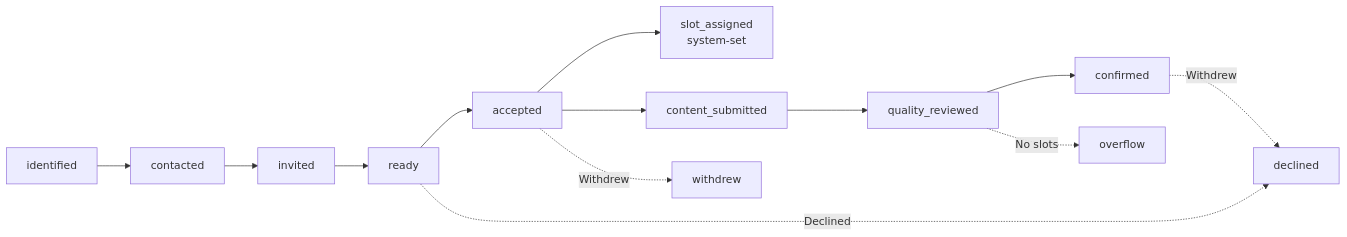
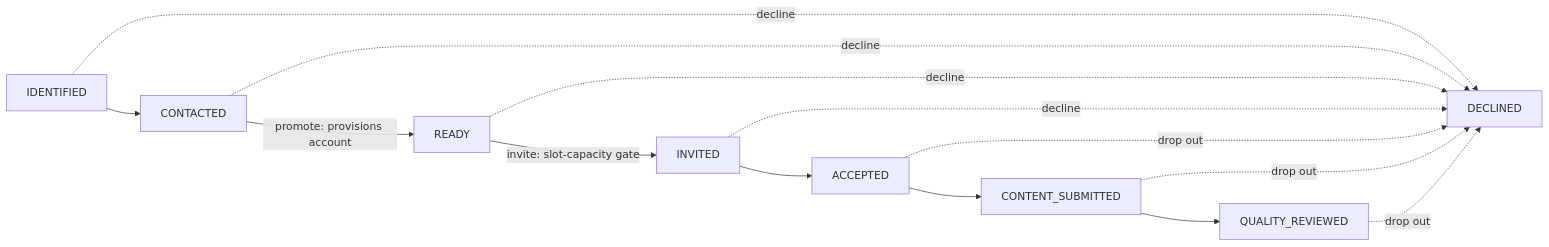
Before and after one commit to nissimbuchs/BATbern2: the diagram in docs/user-guide/workflow/phase-b-outreach.md, drawn with Mermaid. The commit also changed other lines of this file and 54 other files, not shown here.

````diff
--- a/docs/user-guide/workflow/phase-b-outreach.md
+++ b/docs/user-guide/workflow/phase-b-outreach.md
@@ -171,16 +179,17 @@
 ```mermaid
 graph LR
-    A[identified] --> B[contacted]
-    B --> BI[invited]
-    BI --> C[ready]
-    C --> D[accepted]
-    D --> SA[slot_assigned\nsystem-set]
-    D --> E[content_submitted]
-    E --> F[quality_reviewed]
-    F --> G[confirmed]
+    A[IDENTIFIED] --> B[CONTACTED]
+    B -->|promote: provisions account| C[READY]
+    C -->|invite: slot-capacity gate| D[INVITED]
+    D --> E[ACCEPTED]
+    E --> F[CONTENT_SUBMITTED]
+    F --> G[QUALITY_REVIEWED]
 
-    C -.->|Declined| H[declined]
-    D -.->|Withdrew| I[withdrew]
-    F -.->|No slots| J[overflow]
-    G -.->|Withdrew| H
+    A -.->|decline| X[DECLINED]
+    B -.->|decline| X
+    C -.->|decline| X
+    D -.->|decline| X
+    E -.->|drop out| X
+    F -.->|drop out| X
+    G -.->|drop out| X
 ```
````
